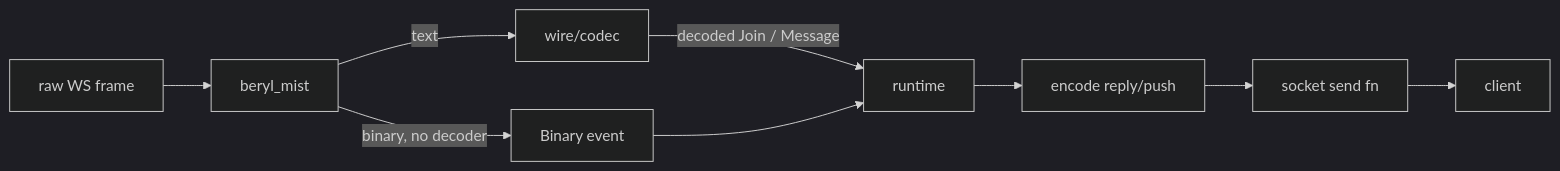
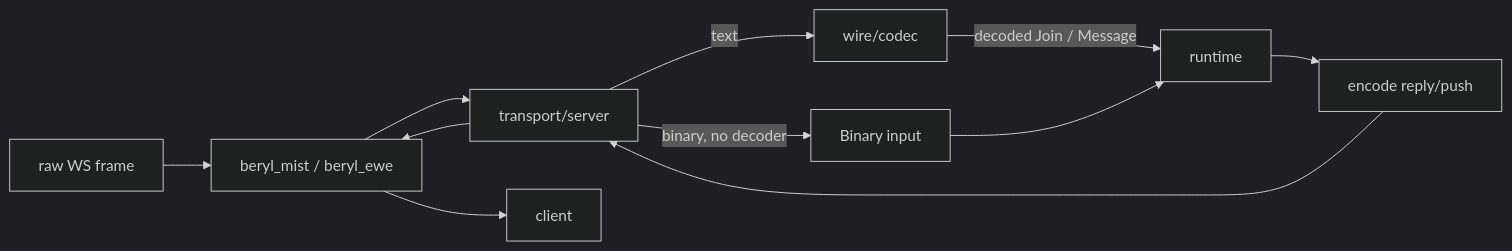
Before and after one commit to tylerbutler/beryl: the diagram in website/src/content/docs/architecture/wire-and-transport.md, drawn with Mermaid (dark theme). The commit also changed other lines of this file and 21 other files, not shown here.

First line of the commit message:
refactor(beryl)!: trim transport SPI and test-only config accessors

````diff
--- a/website/src/content/docs/architecture/wire-and-transport.md
+++ b/website/src/content/docs/architecture/wire-and-transport.md
@@ -86,9 +88,10 @@
 ```mermaid
 flowchart LR
-  FR["raw WS frame"] --> MI["beryl_mist"]
-  MI -->|text| CD["wire/codec"]
-  MI -->|binary, no decoder| RB["Binary event"]
+  FR["raw WS frame"] --> ADAPTER["beryl_mist / beryl_ewe"]
+  ADAPTER --> CORE["transport/server"]
+  CORE -->|text| CD["wire/codec"]
+  CORE -->|binary, no decoder| RB["Binary input"]
   CD -->|decoded Join / Message| RT["runtime"]
   RB --> RT
-  RT --> EN["encode reply/push"] --> SF["socket send fn"] --> CL["client"]
+  RT --> EN["encode reply/push"] --> CORE --> ADAPTER --> CL["client"]
 ```
````
